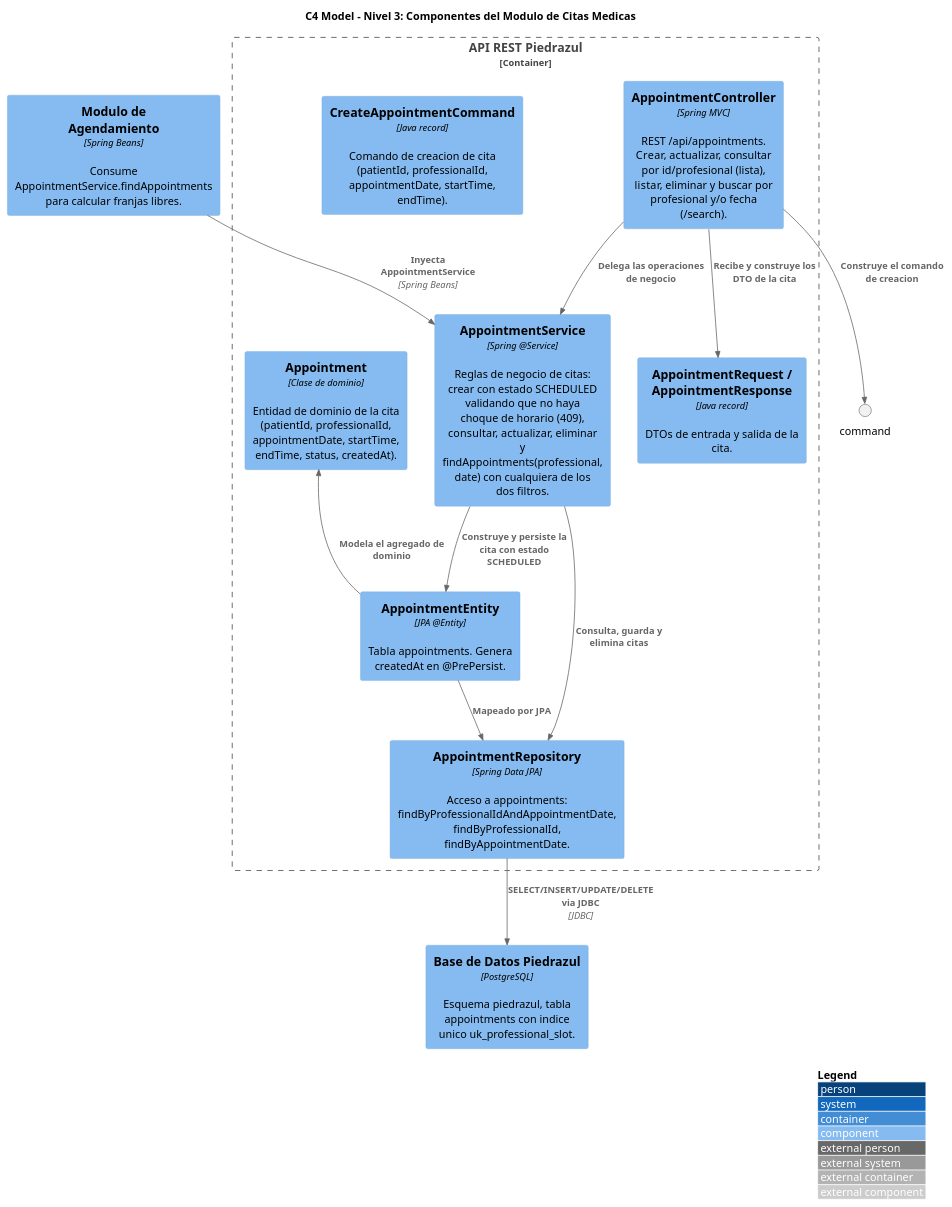
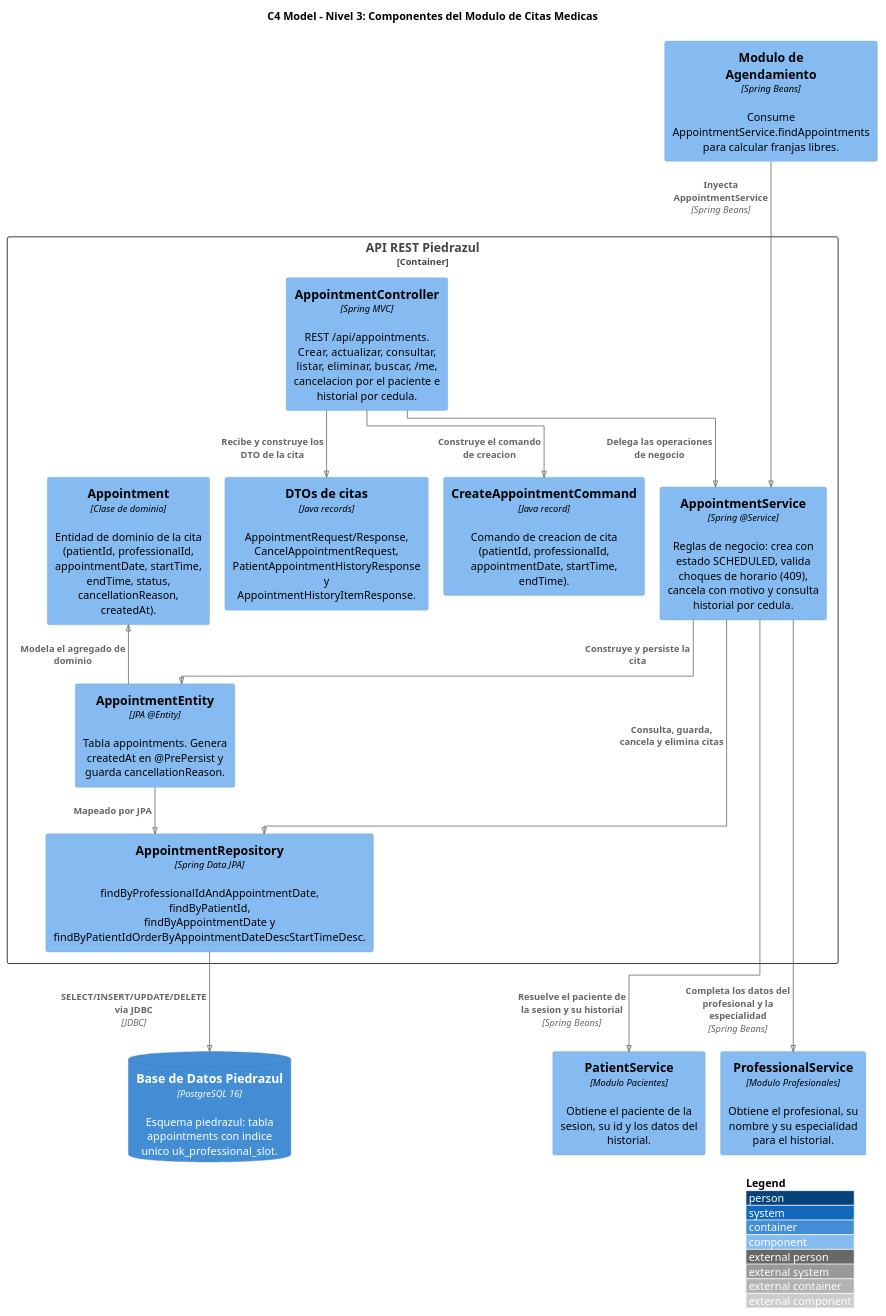
One commit to astern22/Piedrazul changed the diagram in docs/c4/c4-4-componentes-modulo-citas.puml. Above: the diagram before and after it, drawn with PlantUML. The commit also changed 36 other files, not shown here.

```diff
--- a/docs/c4/c4-4-componentes-modulo-citas.puml
+++ b/docs/c4/c4-4-componentes-modulo-citas.puml
@@ -4,40 +4,47 @@
 @startuml C4_Componentes_Modulo_Citas_Piedrazul
 !include https://raw.githubusercontent.com/plantuml-stdlib/C4-PlantUML/master/C4_Component.puml
+
+!pragma layout elk
+skinparam linetype ortho
 
 title C4 Model - Nivel 3: Componentes del Modulo de Citas Medicas
 
 Container_Boundary(api, "API REST Piedrazul") {
 
-    Component(controller, "AppointmentController", "Spring MVC", "REST /api/appointments. Crear, actualizar, consultar por id/profesional (lista), listar, eliminar y buscar por profesional y/o fecha (/search).", $tags="presentation")
-    Component(cmd, "CreateAppointmentCommand", "Java record", "Comando de creacion de cita (patientId, professionalId, appointmentDate, startTime, endTime).")
-    Component(apptDto, "AppointmentRequest / AppointmentResponse", "Java record", "DTOs de entrada y salida de la cita.")
+    Component(controller, "AppointmentController", "Spring MVC", "REST /api/appointments. Crear, actualizar, consultar, listar, eliminar, buscar, /me, cancelacion por el paciente e historial por cedula.", $tags="presentation")
+    Component(command, "CreateAppointmentCommand", "Java record", "Comando de creacion de cita (patientId, professionalId, appointmentDate, startTime, endTime).", $tags="presentation")
+    Component(dtos, "DTOs de citas", "Java records", "AppointmentRequest/Response, CancelAppointmentRequest, PatientAppointmentHistoryResponse y AppointmentHistoryItemResponse.", $tags="presentation")
 
-    Component(apptSvc, "AppointmentService", "Spring @Service", "Reglas de negocio de citas: crear con estado SCHEDULED validando que no haya choque de horario (409), consultar, actualizar, eliminar y findAppointments(professional, date) con cualquiera de los dos filtros.")
+    Component(apptSvc, "AppointmentService", "Spring @Service", "Reglas de negocio: crea con estado SCHEDULED, valida choques de horario (409), cancela con motivo y consulta historial por cedula.", $tags="application")
 
-    Component(appt, "Appointment", "Clase de dominio", "Entidad de dominio de la cita (patientId, professionalId, appointmentDate, startTime, endTime, status, createdAt).")
+    Component(domain, "Appointment", "Clase de dominio", "Entidad de dominio de la cita (patientId, professionalId, appointmentDate, startTime, endTime, status, cancellationReason, createdAt).", $tags="domain")
 
-    Component(apptEntity, "AppointmentEntity", "JPA @Entity", "Tabla appointments. Genera createdAt en @PrePersist.")
-    Component(apptRepo, "AppointmentRepository", "Spring Data JPA", "Acceso a appointments: findByProfessionalIdAndAppointmentDate, findByProfessionalId, findByAppointmentDate.")
+    Component(apptEntity, "AppointmentEntity", "JPA @Entity", "Tabla appointments. Genera createdAt en @PrePersist y guarda cancellationReason.", $tags="infrastructure")
+    Component(apptRepo, "AppointmentRepository", "Spring Data JPA", "findByProfessionalIdAndAppointmentDate, findByPatientId, findByAppointmentDate y findByPatientIdOrderByAppointmentDateDescStartTimeDesc.", $tags="infrastructure")
 
 }
 
 Component(mod_agenda, "Modulo de Agendamiento", "Spring Beans", "Consume AppointmentService.findAppointments para calcular franjas libres.")
-Component(db, "Base de Datos Piedrazul", "PostgreSQL", "Esquema piedrazul, tabla appointments con indice unico uk_professional_slot.")
+Component(patientSvc, "PatientService", "Modulo Pacientes", "Obtiene el paciente de la sesion, su id y los datos del historial.")
+Component(profSvc, "ProfessionalService", "Modulo Profesionales", "Obtiene el profesional, su nombre y su especialidad para el historial.")
+ContainerDb(db, "Base de Datos Piedrazul", "PostgreSQL 16", "Esquema piedrazul: tabla appointments con indice unico uk_professional_slot.")
 
 Rel(controller, command, "Construye el comando de creacion")
-Rel(controller, apptDto, "Recibe y construye los DTO de la cita")
+Rel(controller, dtos, "Recibe y construye los DTO de la cita")
 Rel(controller, apptSvc, "Delega las operaciones de negocio")
 
-Rel(apptSvc, apptEntity, "Construye y persiste la cita con estado SCHEDULED")
-Rel(apptSvc, apptRepo, "Consulta, guarda y elimina citas")
+Rel(apptSvc, apptEntity, "Construye y persiste la cita")
+Rel(apptSvc, apptRepo, "Consulta, guarda, cancela y elimina citas")
+Rel(apptSvc, patientSvc, "Resuelve el paciente de la sesion y su historial", "Spring Beans")
+Rel(apptSvc, profSvc, "Completa los datos del profesional y la especialidad", "Spring Beans")
 
 Rel(apptEntity, apptRepo, "Mapeado por JPA")
 Rel(apptRepo, db, "SELECT/INSERT/UPDATE/DELETE via JDBC", "JDBC")
 
-Rel_Back(appt, apptEntity, "Modela el agregado de dominio")
+Rel_Back(domain, apptEntity, "Modela el agregado de dominio")
 Rel(mod_agenda, apptSvc, "Inyecta AppointmentService", "Spring Beans")
 
 SHOW_LEGEND()
 LAYOUT_WITH_LEGEND()
 
 @enduml
```
